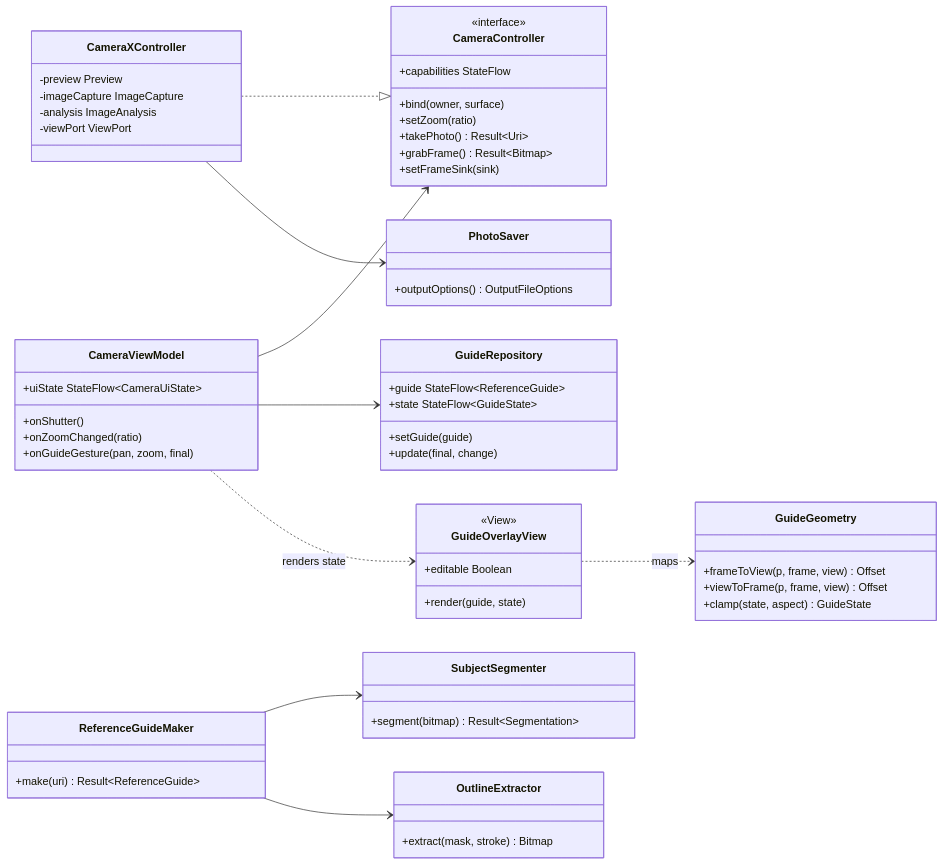
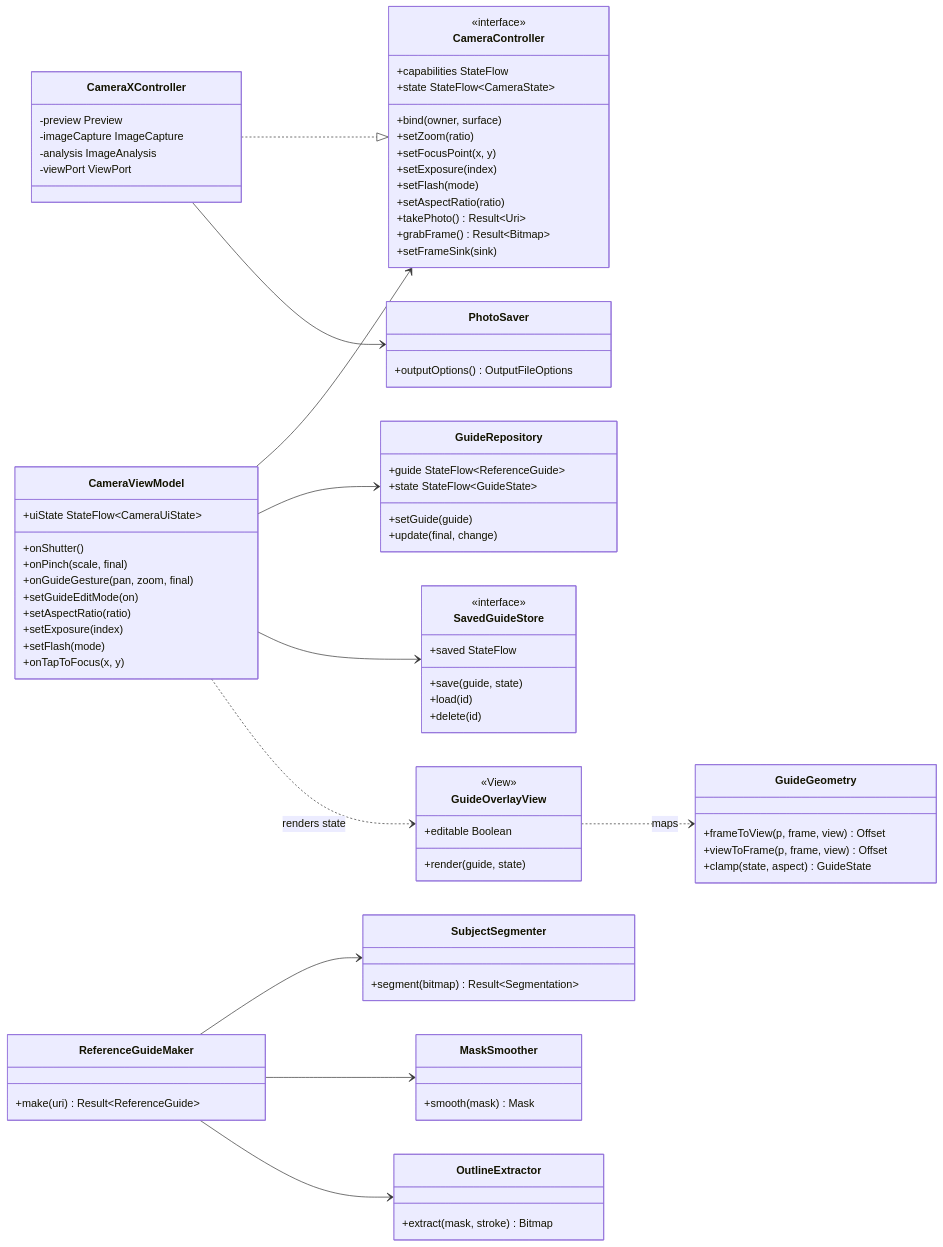
Before and after one commit to snuhcs-course/swpp-2026-project-team-10: the sixth of 12 diagrams in wiki/Design-Documentation.md, drawn with Mermaid. The commit also changed other lines of this file, not shown here.

````diff
--- a/wiki/Design-Documentation.md
+++ b/wiki/Design-Documentation.md
@@ -301,14 +422,24 @@
   class CameraViewModel {
     +uiState StateFlow~CameraUiState~
     +onShutter()
-    +onZoomChanged(ratio)
+    +onPinch(scale, final)
     +onGuideGesture(pan, zoom, final)
+    +setGuideEditMode(on)
+    +setAspectRatio(ratio)
+    +setExposure(index)
+    +setFlash(mode)
+    +onTapToFocus(x, y)
   }
   class CameraController {
     <<interface>>
     +capabilities StateFlow
+    +state StateFlow~CameraState~
     +bind(owner, surface)
     +setZoom(ratio)
+    +setFocusPoint(x, y)
+    +setExposure(index)
+    +setFlash(mode)
+    +setAspectRatio(ratio)
     +takePhoto() Result~Uri~
     +grabFrame() Result~Bitmap~
     +setFrameSink(sink)
@@ -334,8 +465,18 @@
   class SubjectSegmenter {
     +segment(bitmap) Result~Segmentation~
   }
+  class MaskSmoother {
+    +smooth(mask) Mask
+  }
   class OutlineExtractor {
     +extract(mask, stroke) Bitmap
+  }
+  class SavedGuideStore {
+    <<interface>>
+    +saved StateFlow
+    +save(guide, state)
+    +load(id)
+    +delete(id)
   }
   class GuideGeometry {
     +frameToView(p, frame, view) Offset
@@ -352,7 +493,9 @@
   CameraXController ..|> CameraController
   CameraXController --> PhotoSaver
   ReferenceGuideMaker --> SubjectSegmenter
+  ReferenceGuideMaker --> MaskSmoother
   ReferenceGuideMaker --> OutlineExtractor
+  CameraViewModel --> SavedGuideStore
   CameraViewModel ..> GuideOverlayView : renders state
   GuideOverlayView ..> GuideGeometry : maps
 ```
````
